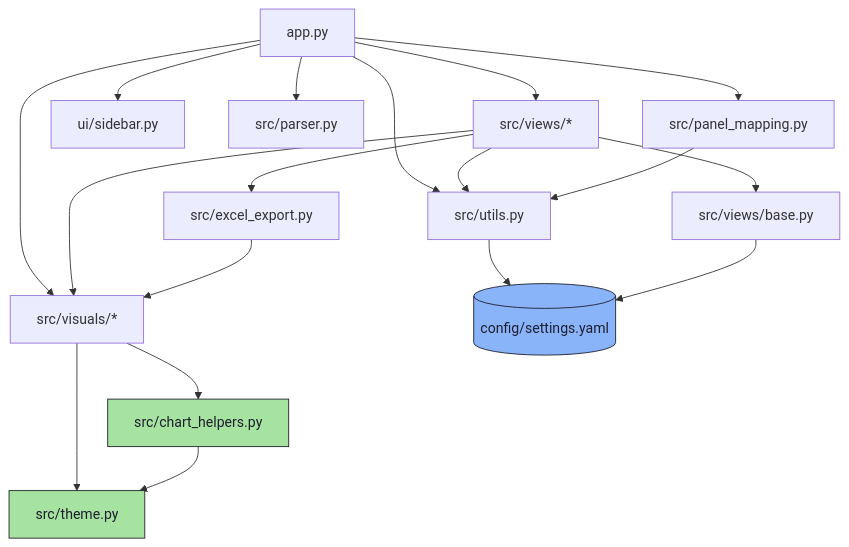
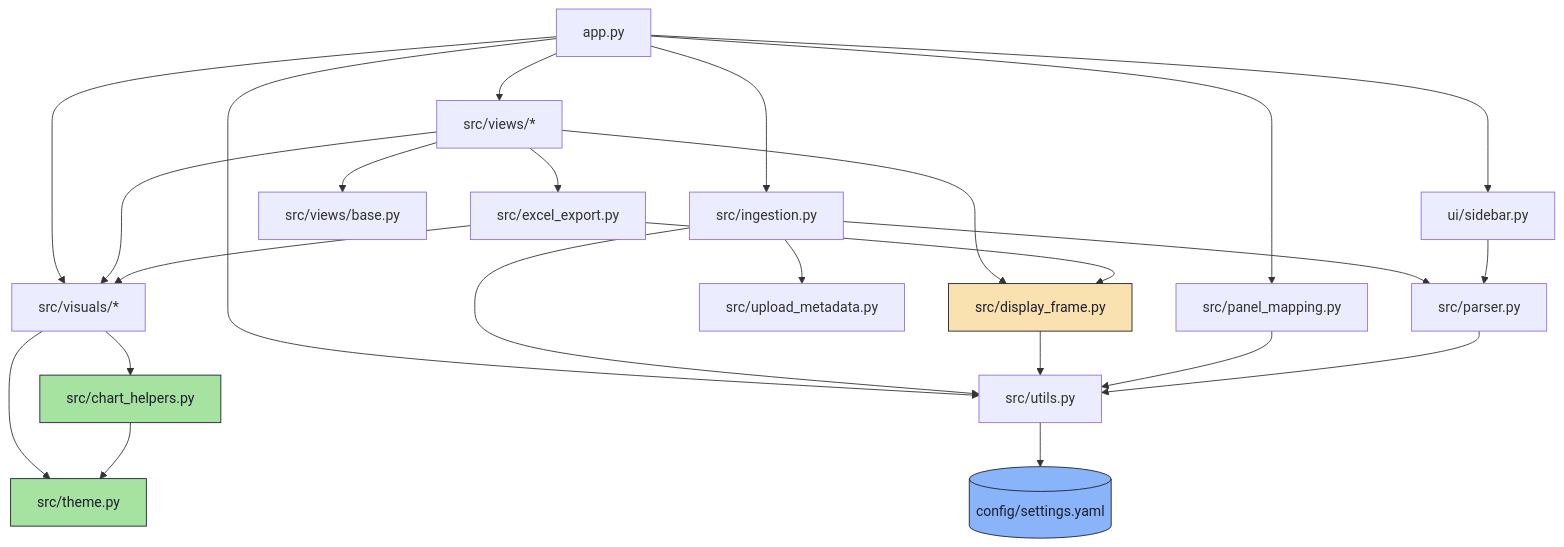
One commit to sheldcoop/QVM changed the first of 2 diagrams in qvm_dashboard/ARCHITECTURE.md. Above: the diagram before and after it, drawn with Mermaid. The commit also changed other lines of this file and 2 other files, not shown here.

````diff
--- a/qvm_dashboard/ARCHITECTURE.md
+++ b/qvm_dashboard/ARCHITECTURE.md
@@ -12,27 +12,36 @@
 ```mermaid
 graph TD
     app[app.py] --> views[src/views/*]
     app --> sidebar[ui/sidebar.py]
-    app --> parser[src/parser.py]
+    app --> ingest[src/ingestion.py]
     app --> panelmap[src/panel_mapping.py]
     app --> visuals[src/visuals/*]
     app --> utils[src/utils.py]
 
+    ingest --> parser[src/parser.py]
+    ingest --> meta[src/upload_metadata.py]
+    ingest --> utils
+    sidebar --> parser
+
     views --> visuals
     views --> excel[src/excel_export.py]
+    views --> display[src/display_frame.py]
     views --> base[src/views/base.py]
-    views --> utils
 
     excel --> visuals
+    excel --> display
+    display --> utils
     visuals --> theme[src/theme.py]
     visuals --> helpers[src/chart_helpers.py]
     helpers --> theme
     panelmap --> utils
+    parser --> utils
     utils --> config[(config/settings.yaml)]
-    base --> config
 
     classDef cfg fill:#89b4fa,stroke:#1e1e2e,color:#1e1e2e;
     classDef tok fill:#a6e3a1,stroke:#1e1e2e,color:#1e1e2e;
+    classDef one fill:#f9e2af,stroke:#1e1e2e,color:#1e1e2e;
     class config cfg;
     class theme,helpers tok;
+    class display one;
 ```
````
